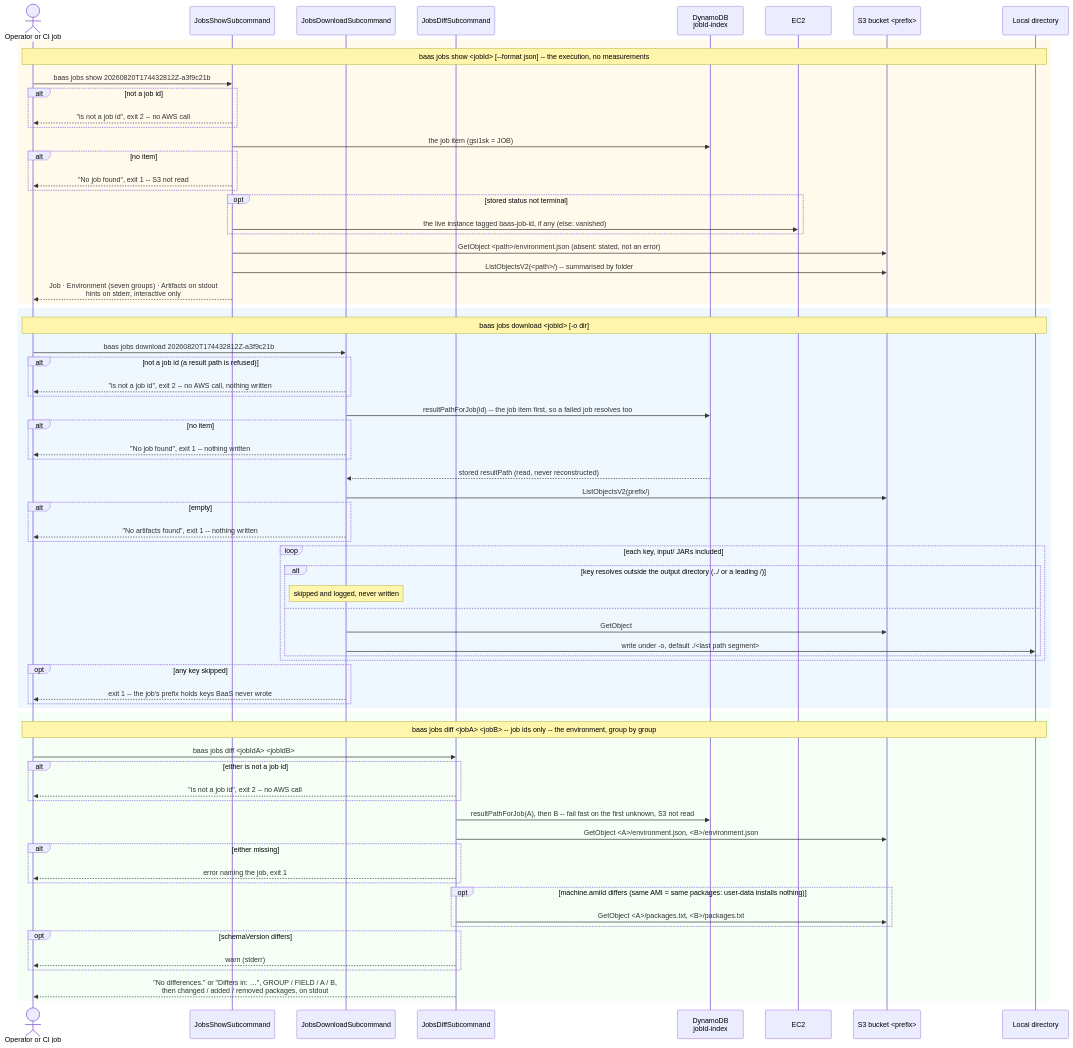
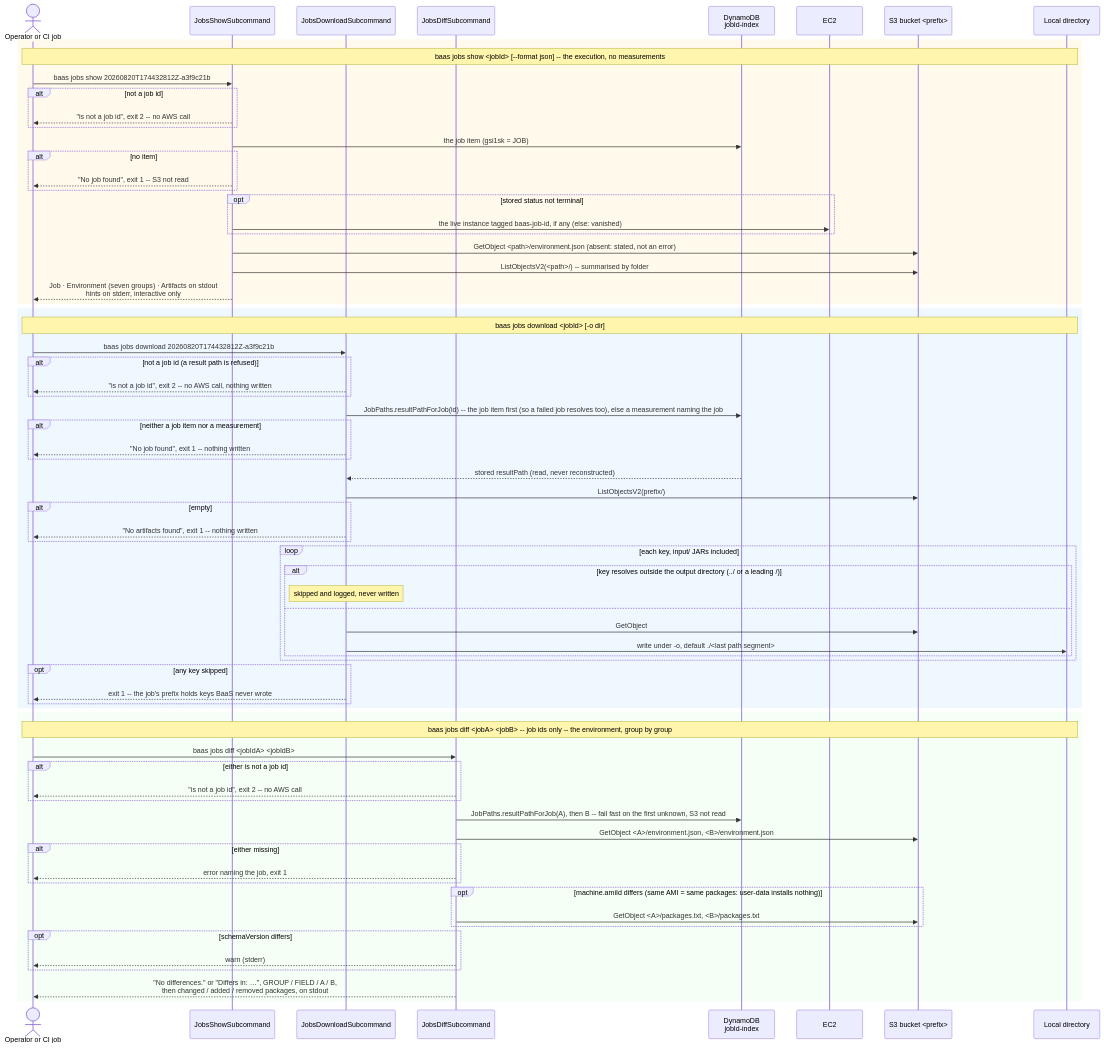
Before and after one commit to wsztajerowski/benchmark-as-a-service: the diagram in docs/diagrams/baas-jobs-show-diff.mmd, drawn with Mermaid. The commit also changed 11 other files, not shown here.

First line of the commit message:
docs: redraw the diagrams from the refactored code and re-check every finding

```diff
--- a/docs/diagrams/baas-jobs-show-diff.mmd
+++ b/docs/diagrams/baas-jobs-show-diff.mmd
@@ -1,75 +1,75 @@
 sequenceDiagram
     actor User as Operator or CI job
     participant JS as JobsShowSubcommand
     participant DL as JobsDownloadSubcommand
     participant ED as JobsDiffSubcommand
     participant DDB as DynamoDB<br/>jobId-index
     participant EC2 as EC2
     participant S3 as S3 bucket <prefix>
     participant FS as Local directory
 
     rect rgb(255, 250, 235)
         Note over User,FS: baas jobs show <jobId> [--format json] -- the execution, no measurements
         User->>JS: baas jobs show 20260820T174432812Z-a3f9c21b
         alt not a job id
             JS-->>User: "is not a job id", exit 2 -- no AWS call
         end
         JS->>DDB: the job item (gsi1sk = JOB)
         alt no item
             JS-->>User: "No job found", exit 1 -- S3 not read
         end
         opt stored status not terminal
             JS->>EC2: the live instance tagged baas-job-id, if any (else: vanished)
         end
         JS->>S3: GetObject <path>/environment.json (absent: stated, not an error)
         JS->>S3: ListObjectsV2(<path>/) -- summarised by folder
         JS-->>User: Job · Environment (seven groups) · Artifacts on stdout<br/>hints on stderr, interactive only
     end
 
     rect rgb(240, 248, 255)
         Note over User,FS: baas jobs download <jobId> [-o dir]
         User->>DL: baas jobs download 20260820T174432812Z-a3f9c21b
         alt not a job id (a result path is refused)
             DL-->>User: "is not a job id", exit 2 -- no AWS call, nothing written
         end
-        DL->>DDB: resultPathForJob(id) -- the job item first, so a failed job resolves too
-        alt no item
+        DL->>DDB: JobPaths.resultPathForJob(id) -- the job item first (so a failed job resolves too), else a measurement naming the job
+        alt neither a job item nor a measurement
             DL-->>User: "No job found", exit 1 -- nothing written
         end
         DDB-->>DL: stored resultPath (read, never reconstructed)
         DL->>S3: ListObjectsV2(prefix/)
         alt empty
             DL-->>User: "No artifacts found", exit 1 -- nothing written
         end
         loop each key, input/ JARs included
             alt key resolves outside the output directory (../ or a leading /)
                 Note over DL: skipped and logged, never written
             else
                 DL->>S3: GetObject
                 DL->>FS: write under -o, default ./<last path segment>
             end
         end
         opt any key skipped
             DL-->>User: exit 1 -- the job's prefix holds keys BaaS never wrote
         end
     end
 
     rect rgb(245, 255, 245)
         Note over User,FS: baas jobs diff <jobA> <jobB> -- job ids only -- the environment, group by group
         User->>ED: baas jobs diff <jobIdA> <jobIdB>
         alt either is not a job id
             ED-->>User: "is not a job id", exit 2 -- no AWS call
         end
-        ED->>DDB: resultPathForJob(A), then B -- fail fast on the first unknown, S3 not read
+        ED->>DDB: JobPaths.resultPathForJob(A), then B -- fail fast on the first unknown, S3 not read
         ED->>S3: GetObject <A>/environment.json, <B>/environment.json
         alt either missing
             ED-->>User: error naming the job, exit 1
         end
         opt machine.amiId differs (same AMI = same packages: user-data installs nothing)
             ED->>S3: GetObject <A>/packages.txt, <B>/packages.txt
         end
         opt schemaVersion differs
             ED-->>User: warn (stderr)
         end
         ED-->>User: "No differences." or "Differs in: …", GROUP / FIELD / A / B,<br/>then changed / added / removed packages, on stdout
     end
```
